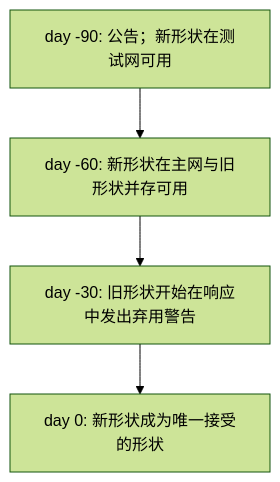
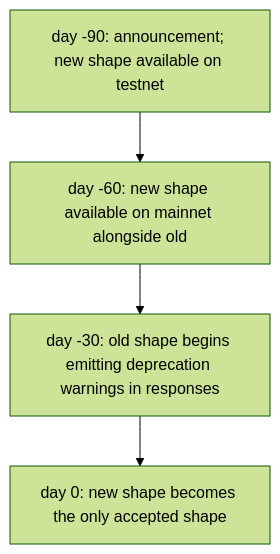
The first of 2 diagrams in i18n/zh-Hans/docusaurus-plugin-content-docs/current/versioning.md (mtf-exchange/metaflux-knowledges), drawn with Mermaid (forest theme) before and after one commit. The commit also changed other lines of this file and 355 other files, not shown here.

````diff
--- a/i18n/zh-Hans/docusaurus-plugin-content-docs/current/versioning.md
+++ b/i18n/zh-Hans/docusaurus-plugin-content-docs/current/versioning.md
@@ -54,8 +54,8 @@
 ```mermaid
 flowchart TD
-    D90["day -90: 公告；新形状在测试网可用"]
-    D60["day -60: 新形状在主网与旧形状并存可用"]
-    D30["day -30: 旧形状开始在响应中发出弃用警告"]
-    D0["day 0: 新形状成为唯一接受的形状"]
+    D90["day -90: announcement; new shape available on testnet"]
+    D60["day -60: new shape available on mainnet alongside old"]
+    D30["day -30: old shape begins emitting deprecation warnings in responses"]
+    D0["day 0: new shape becomes the only accepted shape"]
     D90 --> D60 --> D30 --> D0
 ```
````
